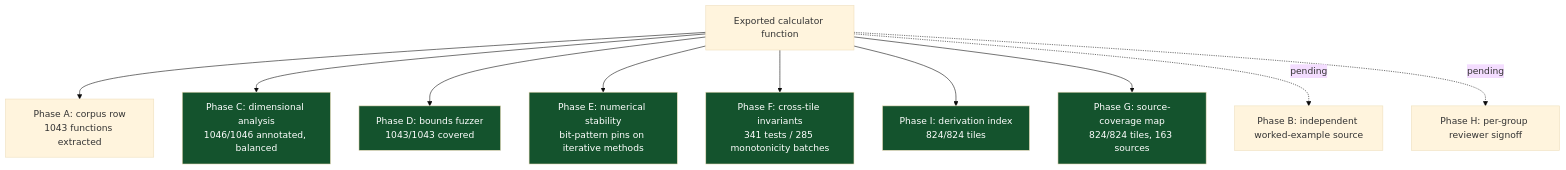
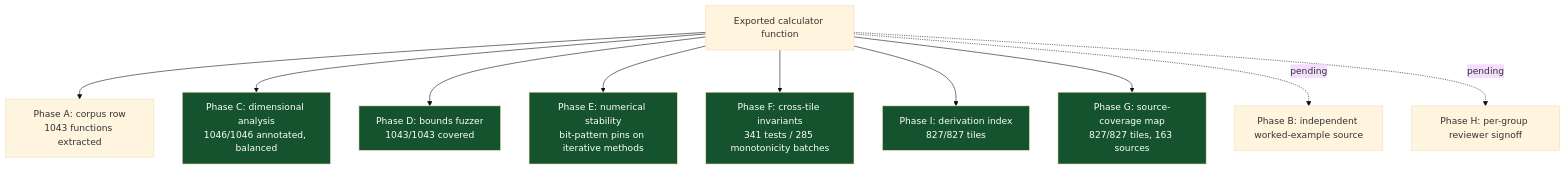
One commit to clay-good/roughlogic.com changed the sixth of 8 diagrams in README.md. Above: the diagram before and after it, drawn with Mermaid (base theme). The commit also changed other lines of this file and 18 other files, not shown here.

````diff
--- a/README.md
+++ b/README.md
@@ -519,18 +519,18 @@
 ```mermaid
 flowchart TB
     F[Exported calculator function] --> A[Phase A: corpus row\n1043 functions extracted]
     F --> C[Phase C: dimensional analysis\n1046/1046 annotated, balanced]
     F --> D[Phase D: bounds fuzzer\n1043/1043 covered]
     F --> E[Phase E: numerical stability\nbit-pattern pins on iterative methods]
     F --> Fa[Phase F: cross-tile invariants\n341 tests / 285 monotonicity batches]
-    F --> I[Phase I: derivation index\n824/824 tiles]
-    F --> G[Phase G: source-coverage map\n824/824 tiles, 163 sources]
+    F --> I[Phase I: derivation index\n827/827 tiles]
+    F --> G[Phase G: source-coverage map\n827/827 tiles, 163 sources]
     F -.pending.-> B[Phase B: independent worked-example source]
     F -.pending.-> H[Phase H: per-group reviewer signoff]
     style C fill:#14532d,color:#fff
     style D fill:#14532d,color:#fff
     style E fill:#14532d,color:#fff
     style Fa fill:#14532d,color:#fff
     style G fill:#14532d,color:#fff
     style I fill:#14532d,color:#fff
 ```
````
